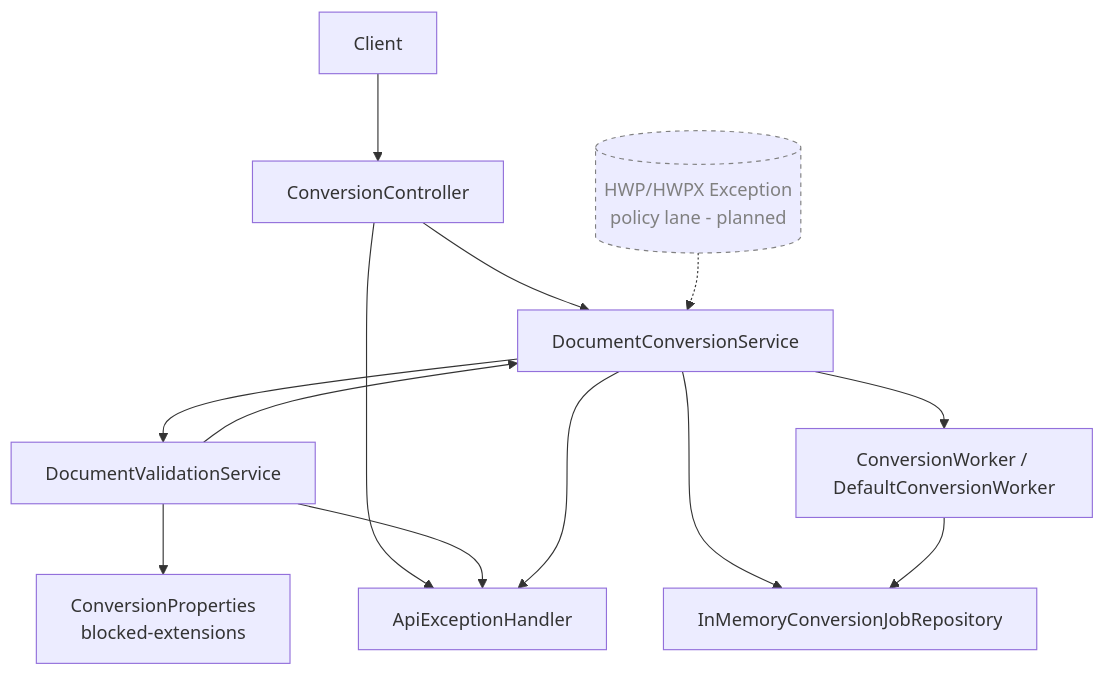
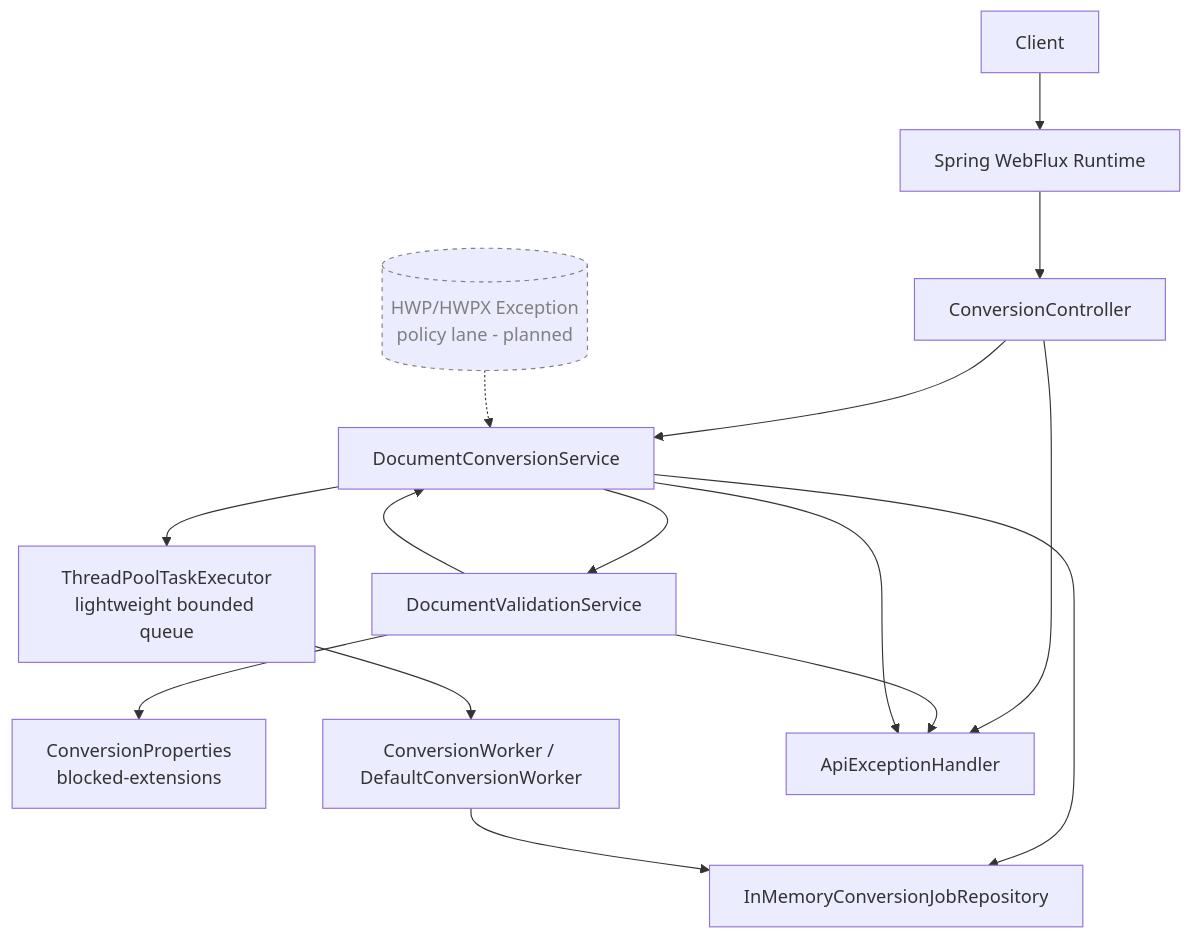
Before and after one commit to seonghobae/clearfolio: the first of 2 diagrams in docs/diagrams/submit-flow.md, drawn with Mermaid. The commit also changed other lines of this file and 30 other files, not shown here.

First line of the commit message:
feat: migrate viewer API to WebFlux and refresh AC evidence (#4)

````diff
--- a/docs/diagrams/submit-flow.md
+++ b/docs/diagrams/submit-flow.md
@@ -7,28 +9,32 @@
 ```mermaid
 flowchart TB
   Client[Client]
+  WebFlux[Spring WebFlux Runtime]
   Controller[ConversionController]
   Service[DocumentConversionService]
   Validation[DocumentValidationService]
   Properties[ConversionProperties\nblocked-extensions]
   Repository[InMemoryConversionJobRepository]
+  Queue[ThreadPoolTaskExecutor\nlightweight bounded queue]
   Worker[ConversionWorker / DefaultConversionWorker]
   ExceptionHandler[ApiExceptionHandler]
   ExceptionLane[(HWP/HWPX Exception\npolicy lane - planned)]
 
-  Client --> Controller
+  Client --> WebFlux
+  WebFlux --> Controller
   Controller --> Service
   Service --> Validation
   Validation --> Properties
   Validation --> Service
   Service --> Repository
-  Service --> Worker
+  Service --> Queue
+  Queue --> Worker
   Worker --> Repository
   Controller --> ExceptionHandler
   Validation --> ExceptionHandler
   Service --> ExceptionHandler
   ExceptionLane -.-> Service
 
   classDef planned stroke-dasharray: 4 4,stroke:#808080,color:#808080;
   class ExceptionLane planned;
 ```
````
